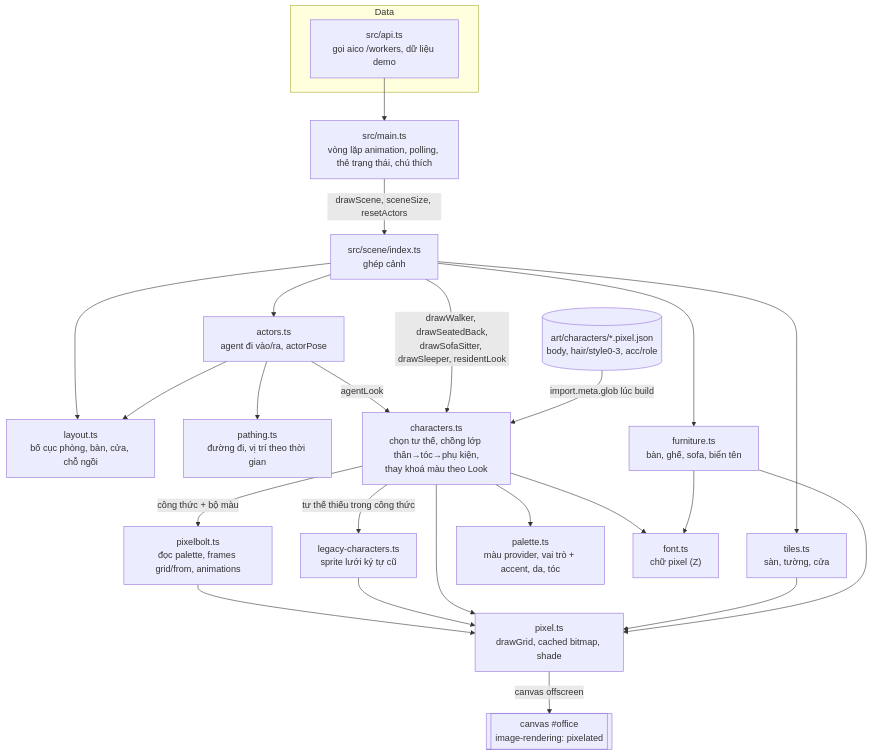
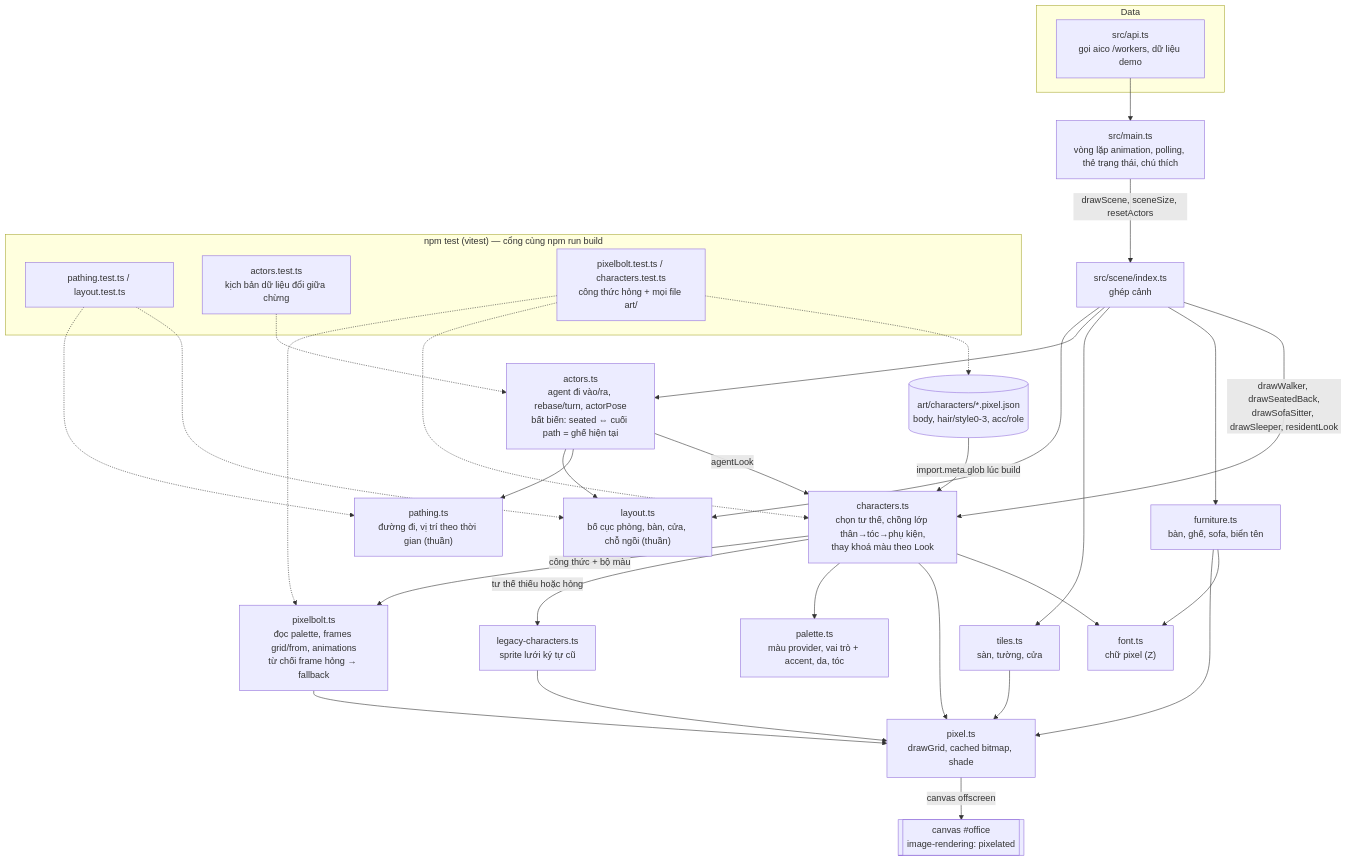
One commit to VX-Anh/aico-office changed the diagram in docs/architecture.md. Above: the diagram before and after it, drawn with Mermaid. The commit also changed other lines of this file and 1 other file, not shown here.

Commit message:
T-422fe82f: cập nhật tài liệu kế hoạch (lần 1)
Idempotency-Key: T-422fe82f:docs:1

````diff
--- a/docs/architecture.md
+++ b/docs/architecture.md
@@ -6,31 +6,43 @@
 ```mermaid
 flowchart TD
   subgraph Data
     API["src/api.ts<br/>gọi aico /workers, dữ liệu demo"]
   end
   MAIN["src/main.ts<br/>vòng lặp animation, polling, thẻ trạng thái, chú thích"]
   API --> MAIN
   MAIN -->|drawScene, sceneSize, resetActors| IDX["src/scene/index.ts<br/>ghép cảnh"]
 
-  IDX --> LAYOUT["layout.ts<br/>bố cục phòng, bàn, cửa, chỗ ngồi"]
-  IDX --> ACT["actors.ts<br/>agent đi vào/ra, actorPose"]
+  IDX --> LAYOUT["layout.ts<br/>bố cục phòng, bàn, cửa, chỗ ngồi (thuần)"]
+  IDX --> ACT["actors.ts<br/>agent đi vào/ra, rebase/turn, actorPose<br/>bất biến: seated ⇔ cuối path = ghế hiện tại"]
   ACT --> LAYOUT
-  ACT --> PATH["pathing.ts<br/>đường đi, vị trí theo thời gian"]
+  ACT --> PATH["pathing.ts<br/>đường đi, vị trí theo thời gian (thuần)"]
   ACT -->|agentLook| CHAR
   IDX --> TILES["tiles.ts<br/>sàn, tường, cửa"]
   IDX --> FURN["furniture.ts<br/>bàn, ghế, sofa, biển tên"]
   IDX -->|drawWalker, drawSeatedBack,<br/>drawSofaSitter, drawSleeper, residentLook| CHAR["characters.ts<br/>chọn tư thế, chồng lớp thân→tóc→phụ kiện,<br/>thay khoá màu theo Look"]
 
   ART[("art/characters/*.pixel.json<br/>body, hair/style0-3, acc/role")] -->|import.meta.glob lúc build| CHAR
-  CHAR -->|công thức + bộ màu| PB["pixelbolt.ts<br/>đọc palette, frames grid/from, animations"]
-  CHAR -->|tư thế thiếu trong công thức| LEG["legacy-characters.ts<br/>sprite lưới ký tự cũ"]
+  CHAR -->|công thức + bộ màu| PB["pixelbolt.ts<br/>đọc palette, frames grid/from, animations<br/>từ chối frame hỏng → fallback"]
+  CHAR -->|tư thế thiếu hoặc hỏng| LEG["legacy-characters.ts<br/>sprite lưới ký tự cũ"]
   CHAR --> PAL["palette.ts<br/>màu provider, vai trò + accent, da, tóc"]
   PB --> PIX["pixel.ts<br/>drawGrid, cached bitmap, shade"]
   LEG --> PIX
   CHAR --> PIX
   CHAR --> FONT["font.ts<br/>chữ pixel (Z)"]
   TILES --> PIX
   FURN --> PIX
   FURN --> FONT
   PIX -->|canvas offscreen| CANVAS[["canvas #office<br/>image-rendering: pixelated"]]
+
+  subgraph Tests["npm test (vitest) — cổng cùng npm run build"]
+    T_PATH["pathing.test.ts / layout.test.ts"]
+    T_ACT["actors.test.ts<br/>kịch bản dữ liệu đổi giữa chừng"]
+    T_PB["pixelbolt.test.ts / characters.test.ts<br/>công thức hỏng + mọi file art/"]
+  end
+  T_PATH -.-> PATH
+  T_PATH -.-> LAYOUT
+  T_ACT -.-> ACT
+  T_PB -.-> PB
+  T_PB -.-> CHAR
+  T_PB -.-> ART
 ```
````
